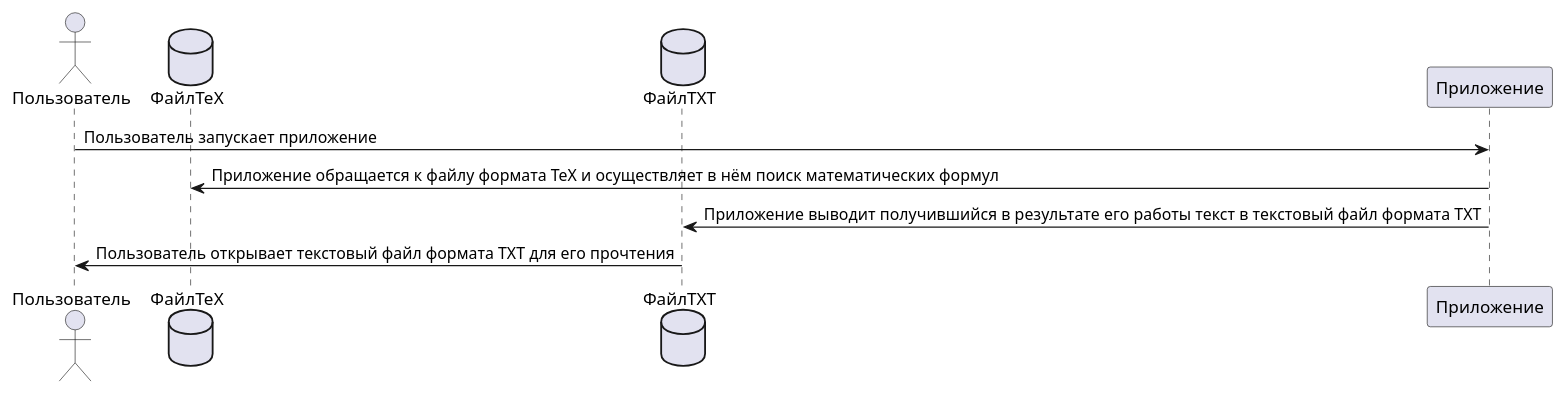
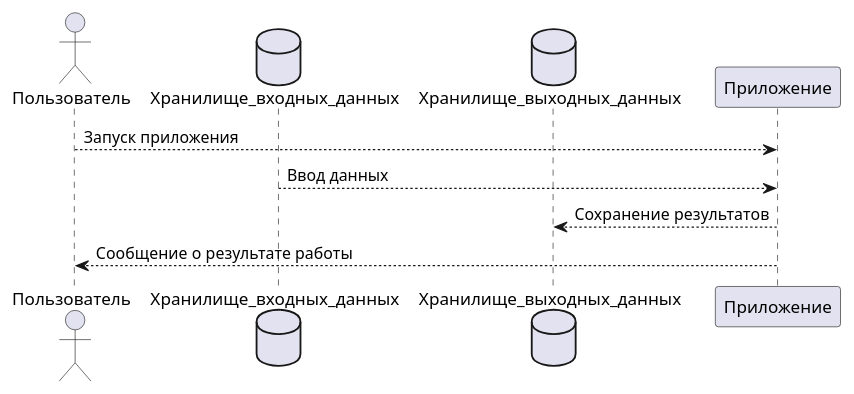
The diagram in Plant/Диаграмма_последовательности.md (Aleksei-web-bit/Aleksei_Fitisov_methodology), drawn with PlantUML before and after one commit. The commit also changed 2 other files, not shown here.

Commit message:
Проект Алексея Фитисова 22.12.2023

```diff
--- a/Plant/Диаграмма_последовательности.md
+++ b/Plant/Диаграмма_последовательности.md
@@ -1,13 +1,22 @@
 @startuml
 
+
 actor Пользователь as П
-database ФайлTeX as TeX
-database  ФайлTXT as TXT
+
+database Хранилище_входных_данных as Ввод
+
+database Хранилище_выходных_данных as Вывод
+
 participant Приложение as Пр
 
-П -> Пр : Пользователь запускает приложение
-Пр -> TeX : Приложение обращается к файлу формата TeX и осуществляет в нём поиск математических формул
-Пр -> TXT : Приложение выводит получившийся в результате его работы текст в текстовый файл формата TXT
-П <- TXT : Пользователь открывает текстовый файл формата TXT для его прочтения
+
+П --> Пр : Запуск приложения
+
+Ввод --> Пр : Ввод данных
+
+Пр --> Вывод : Сохранение результатов
+
+П <-- Пр : Сообщение о результате работы
+
 
 @enduml
```
